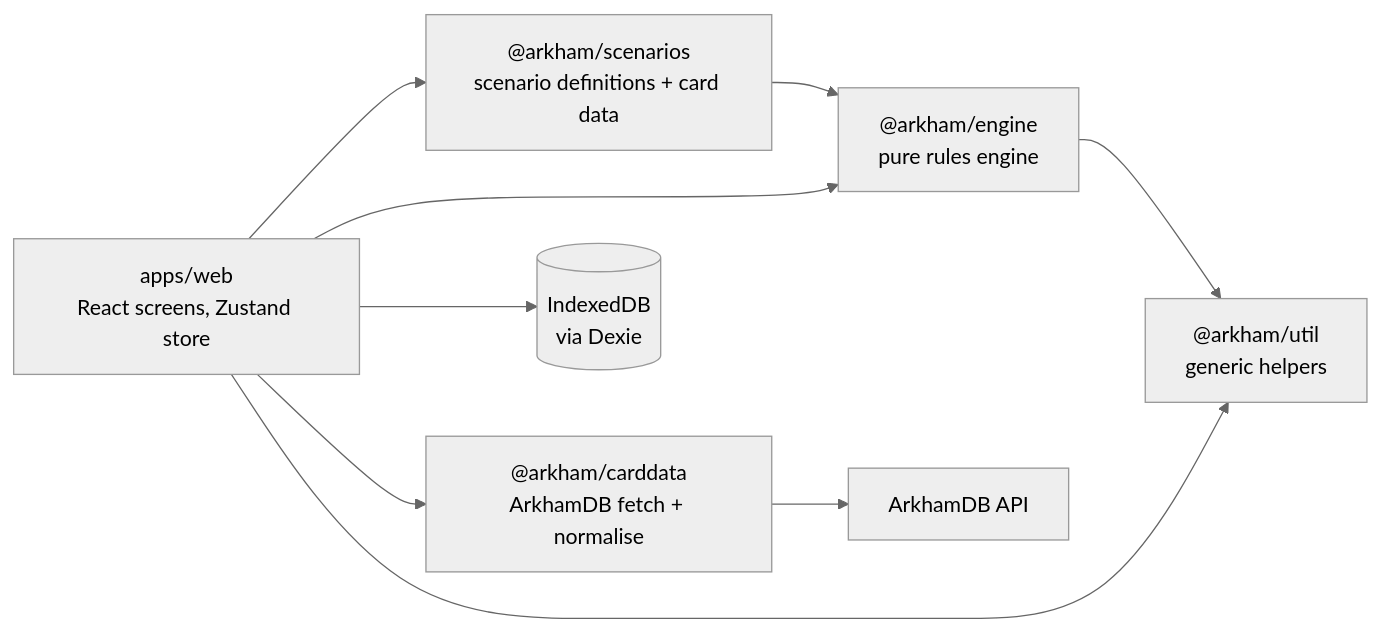
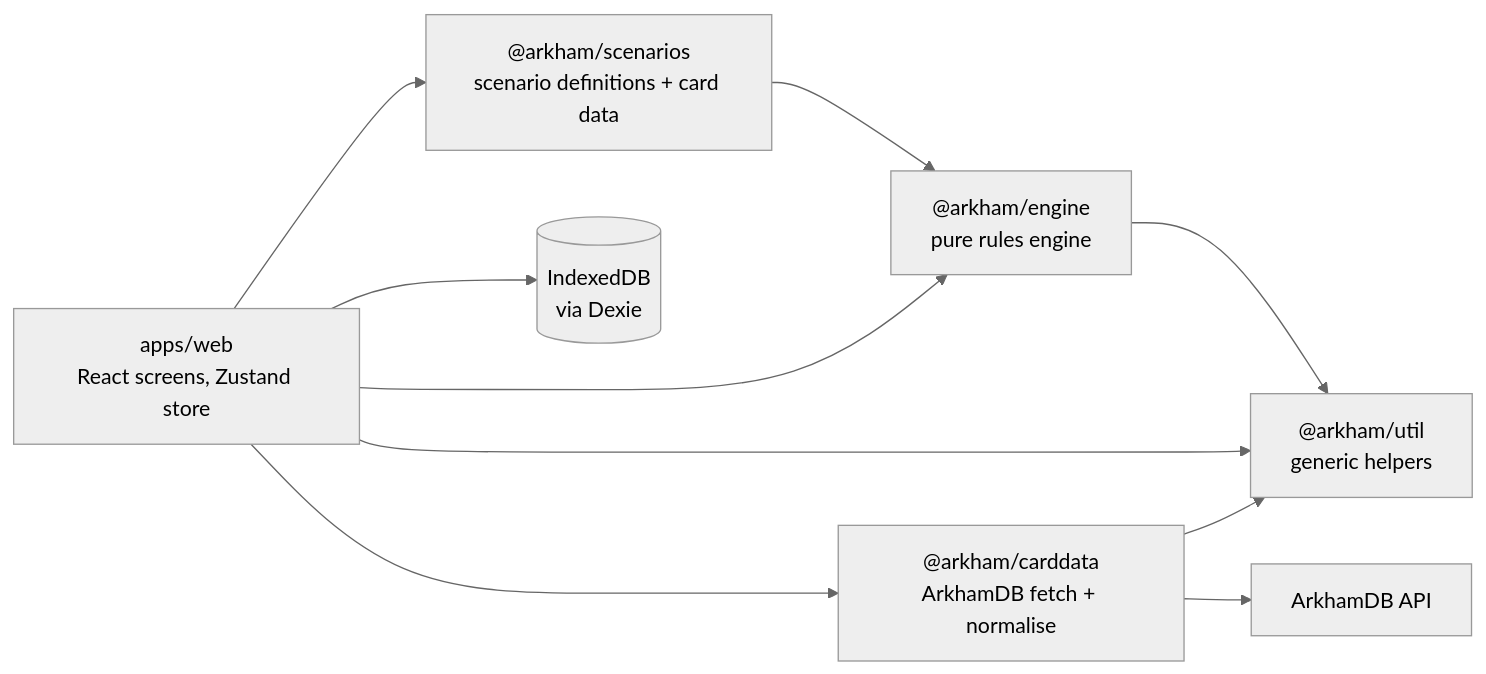
One commit to macandy13/arkham-companion changed the first of 6 diagrams in docs/architecture.md. Above: the diagram before and after it, drawn with Mermaid (neutral theme). The commit also changed 13 other files, not shown here.

````diff
--- a/docs/architecture.md
+++ b/docs/architecture.md
@@ -22,16 +22,17 @@
 ```mermaid
 flowchart LR
   WEB["apps/web<br/>React screens, Zustand store"]
   SCN["@arkham/scenarios<br/>scenario definitions + card data"]
   ENG["@arkham/engine<br/>pure rules engine"]
   CD["@arkham/carddata<br/>ArkhamDB fetch + normalise"]
   UTIL["@arkham/util<br/>generic helpers"]
   IDB[("IndexedDB<br/>via Dexie")]
   ADB["ArkhamDB API"]
   WEB --> SCN --> ENG --> UTIL
   WEB --> ENG
   WEB --> UTIL
   WEB --> CD
   WEB --> IDB
+  CD --> UTIL
   CD --> ADB
 ```
````
